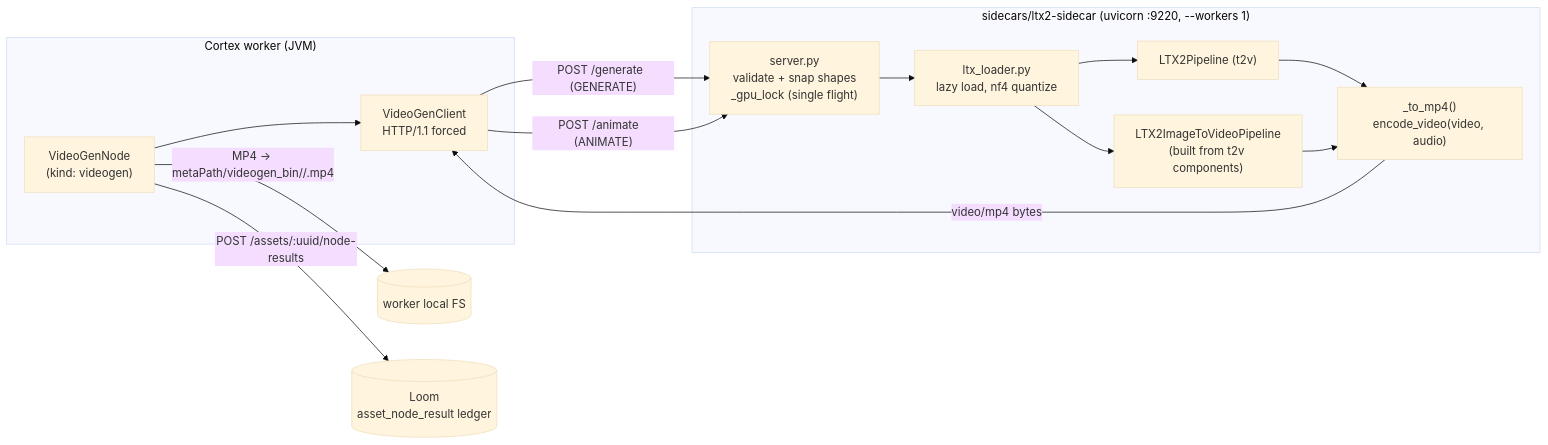
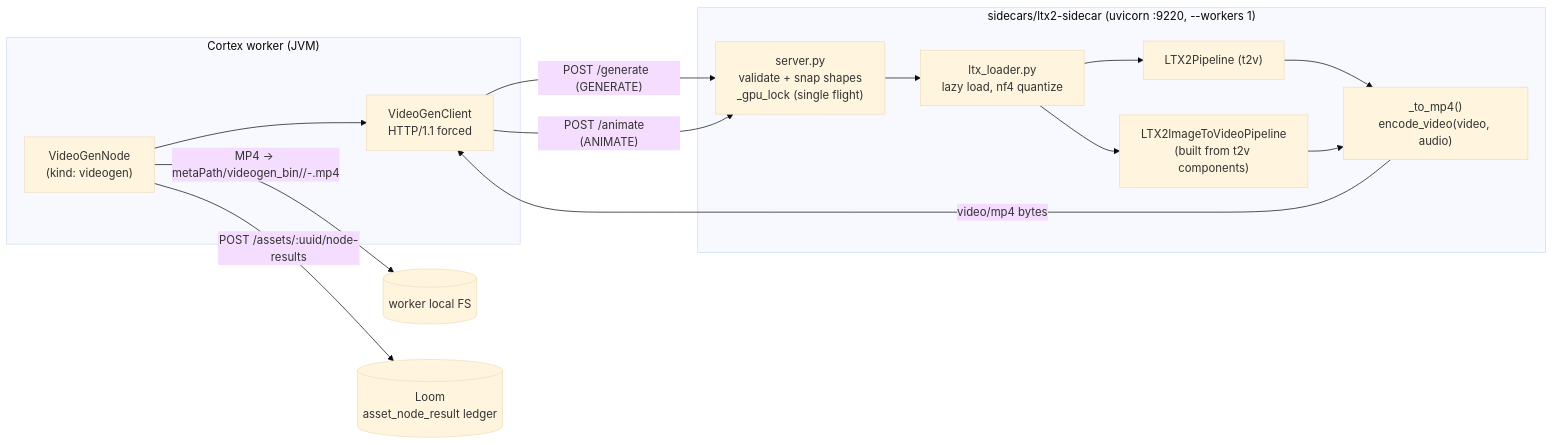
The diagram in spec/sidecars/LTX2_SIDECAR.md (metaloom/metaloom), drawn with Mermaid (base theme) before and after one commit. The commit also changed other lines of this file and 165 other files, not shown here.

````diff
--- a/spec/sidecars/LTX2_SIDECAR.md
+++ b/spec/sidecars/LTX2_SIDECAR.md
@@ -40,17 +40,17 @@
 ```mermaid
 flowchart LR
   subgraph JVM["Cortex worker (JVM)"]
     VN["VideoGenNode<br/>(kind: videogen)"] --> VC["VideoGenClient<br/>HTTP/1.1 forced"]
   end
   VC -->|"POST /generate  (GENERATE)"| SRV
   VC -->|"POST /animate   (ANIMATE)"| SRV
   subgraph SC["sidecars/ltx2-sidecar (uvicorn :9220, --workers 1)"]
     SRV["server.py<br/>validate + snap shapes<br/>_gpu_lock (single flight)"] --> LD["ltx_loader.py<br/>lazy load, nf4 quantize"]
     LD --> T2V["LTX2Pipeline (t2v)"]
     LD --> I2V["LTX2ImageToVideoPipeline<br/>(built from t2v components)"]
     T2V & I2V --> MUX["_to_mp4()<br/>encode_video(video, audio)"]
   end
   MUX -->|"video/mp4 bytes"| VC
-  VN -->|"MP4 -> metaPath/videogen_bin/<seg>/<sha512>.mp4"| FS[("worker local FS")]
+  VN -->|"MP4 -> metaPath/videogen_bin/<seg>/<sha512>-<digest>.mp4"| FS[("worker local FS")]
   VN -->|"POST /assets/:uuid/node-results"| LOOM[("Loom<br/>asset_node_result ledger")]
 ```
````
